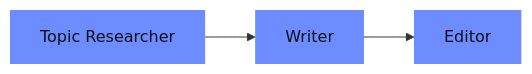
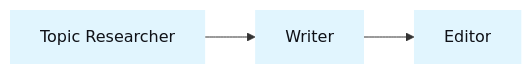
One commit to mj-deving/crewai-n8n-bridge changed the fourth of 6 diagrams in README.md. Above: the diagram before and after it, drawn with Mermaid. The commit also changed other lines of this file, not shown here.

````diff
--- a/README.md
+++ b/README.md
@@ -85,8 +85,8 @@
 ```mermaid
 flowchart LR
     T1["Topic Researcher"] --> T2["Writer"] --> T3["Editor"]
 
-    style T1 fill:#6c8cff,color:#0f1117,stroke:none
-    style T2 fill:#6c8cff,color:#0f1117,stroke:none
-    style T3 fill:#6c8cff,color:#0f1117,stroke:none
+    style T1 fill:#e1f5fe,color:#0f1117,stroke:none
+    style T2 fill:#e1f5fe,color:#0f1117,stroke:none
+    style T3 fill:#e1f5fe,color:#0f1117,stroke:none
 ```
````
